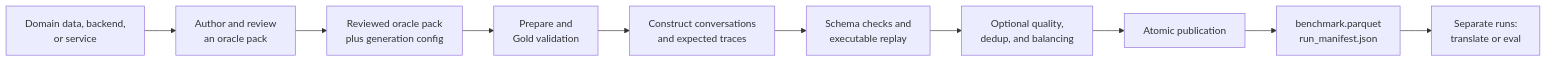
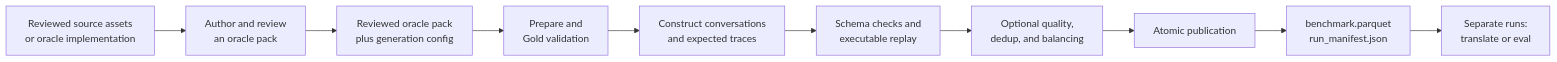
The first of 2 diagrams in docs/build-benchmarks/function-calling/explanation/pipeline-overview.md (mikemckiernan/Nemotron), drawn with Mermaid before and after one commit. The commit also changed other lines of this file and 31 other files, not shown here.

````diff
--- a/docs/build-benchmarks/function-calling/explanation/pipeline-overview.md
+++ b/docs/build-benchmarks/function-calling/explanation/pipeline-overview.md
@@ -19,15 +19,15 @@
 ```mermaid
 flowchart LR
-  SOURCE["Domain data, backend,<br/>or service"]
+  SOURCE["Reviewed source assets<br/>or oracle implementation"]
   AUTHOR["Author and review<br/>an oracle pack"]
   PACK["Reviewed oracle pack<br/>plus generation config"]
   PREP["Prepare and<br/>Gold validation"]
   BUILD["Construct conversations<br/>and expected traces"]
   VERIFY["Schema checks and<br/>executable replay"]
   SELECT["Optional quality,<br/>dedup, and balancing"]
   PUBLISH["Atomic publication"]
   OUT["benchmark.parquet<br/>run_manifest.json"]
   LATER["Separate runs:<br/>translate or eval"]
 
   SOURCE --> AUTHOR --> PACK --> PREP --> BUILD --> VERIFY --> SELECT --> PUBLISH --> OUT --> LATER
 ```
````
